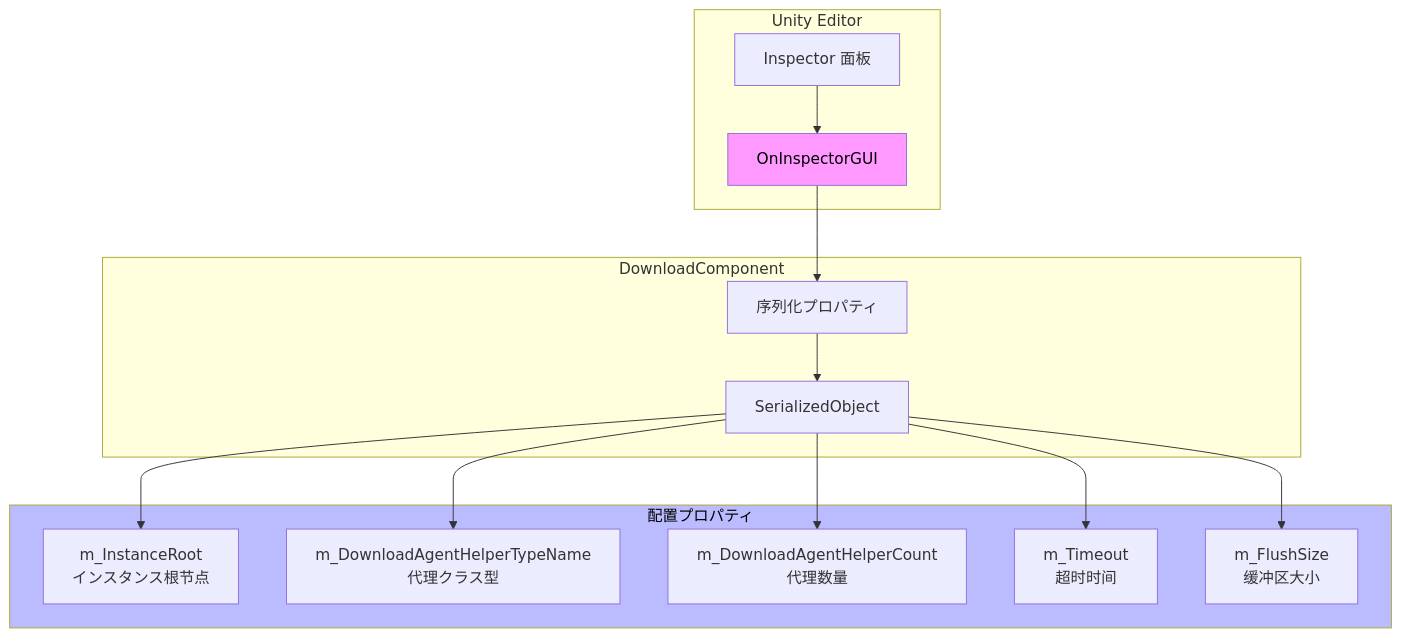
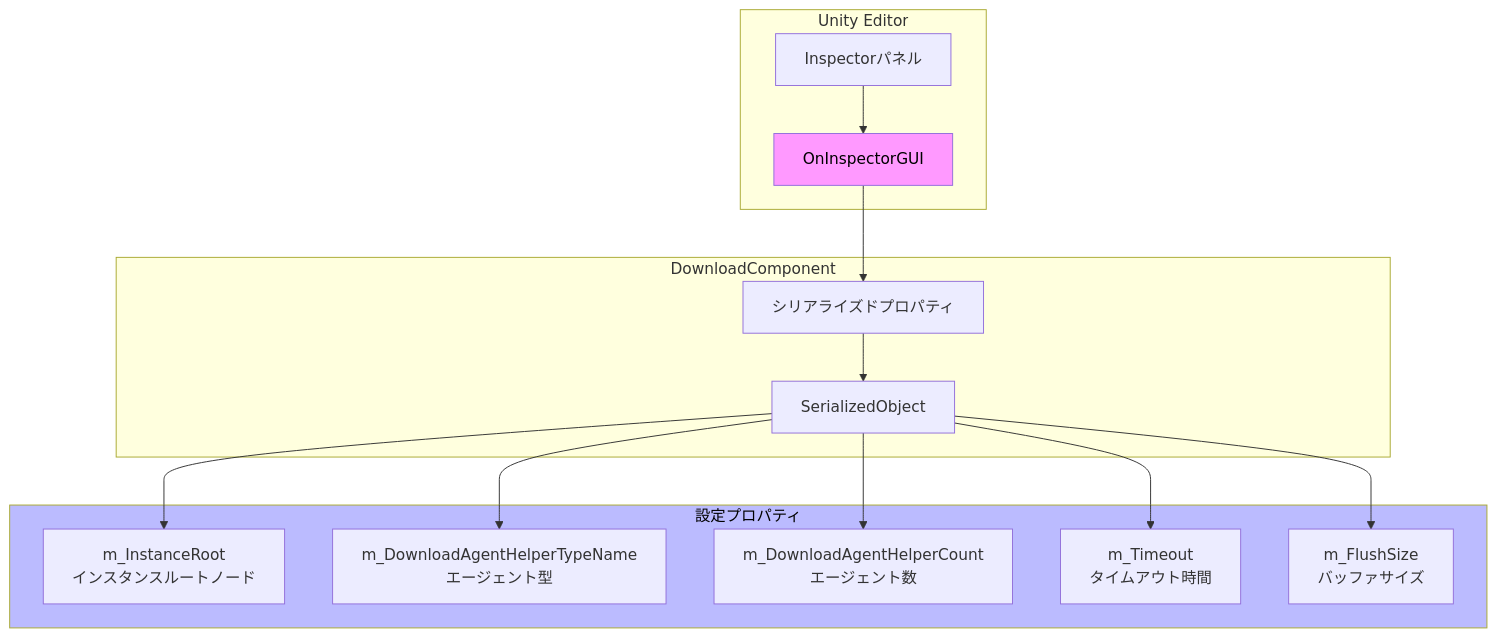
The first of 2 diagrams in docs/ja/client/unity/component/download/07.editor-configuration.md (AlianBlank/GameFrameX.Docs), drawn with Mermaid before and after one commit. The commit also changed other lines of this file and 320 other files, not shown here.

````diff
--- a/docs/ja/client/unity/component/download/07.editor-configuration.md
+++ b/docs/ja/client/unity/component/download/07.editor-configuration.md
@@ -244,33 +244,33 @@
 ```mermaid
 flowchart TD
     subgraph UnityEditor["Unity Editor"]
-        Inspector[Inspector 面板]
+        Inspector[Inspectorパネル]
         Draw[OnInspectorGUI]
     end
 
     subgraph DownloadComponent["DownloadComponent"]
-        Props[序列化プロパティ]
+        Props[シリアライズドプロパティ]
         SerializedObject[SerializedObject]
     end
 
     Inspector --> Draw
     Draw --> Props
     Props --> SerializedObject
 
-    subgraph ConfigProperties["配置プロパティ"]
-        InstanceRoot["m_InstanceRoot<br/>インスタンス根节点"]
-        AgentType["m_DownloadAgentHelperTypeName<br/>代理クラス型"]
-        AgentCount["m_DownloadAgentHelperCount<br/>代理数量"]
-        Timeout["m_Timeout<br/>超时时间"]
-        FlushSize["m_FlushSize<br/>缓冲区大小"]
+    subgraph ConfigProperties["設定プロパティ"]
+        InstanceRoot["m_InstanceRoot<br/>インスタンスルートノード"]
+        AgentType["m_DownloadAgentHelperTypeName<br/>エージェント型"]
+        AgentCount["m_DownloadAgentHelperCount<br/>エージェント数"]
+        Timeout["m_Timeout<br/>タイムアウト時間"]
+        FlushSize["m_FlushSize<br/>バッファサイズ"]
     end
 
     SerializedObject --> InstanceRoot
     SerializedObject --> AgentType
     SerializedObject --> AgentCount
     SerializedObject --> Timeout
     SerializedObject --> FlushSize
 
     style Draw fill:#f9f,color:#000
     style ConfigProperties fill:#bbf,color:#000
 ```
````
